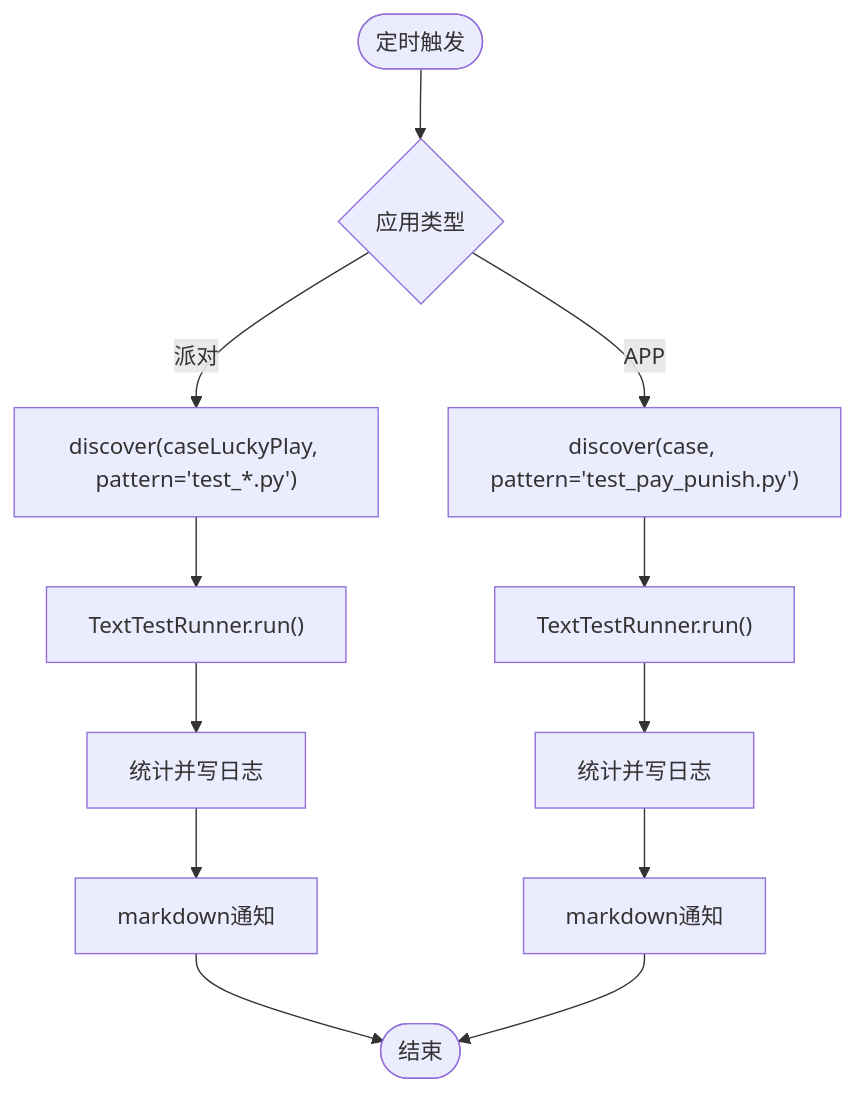
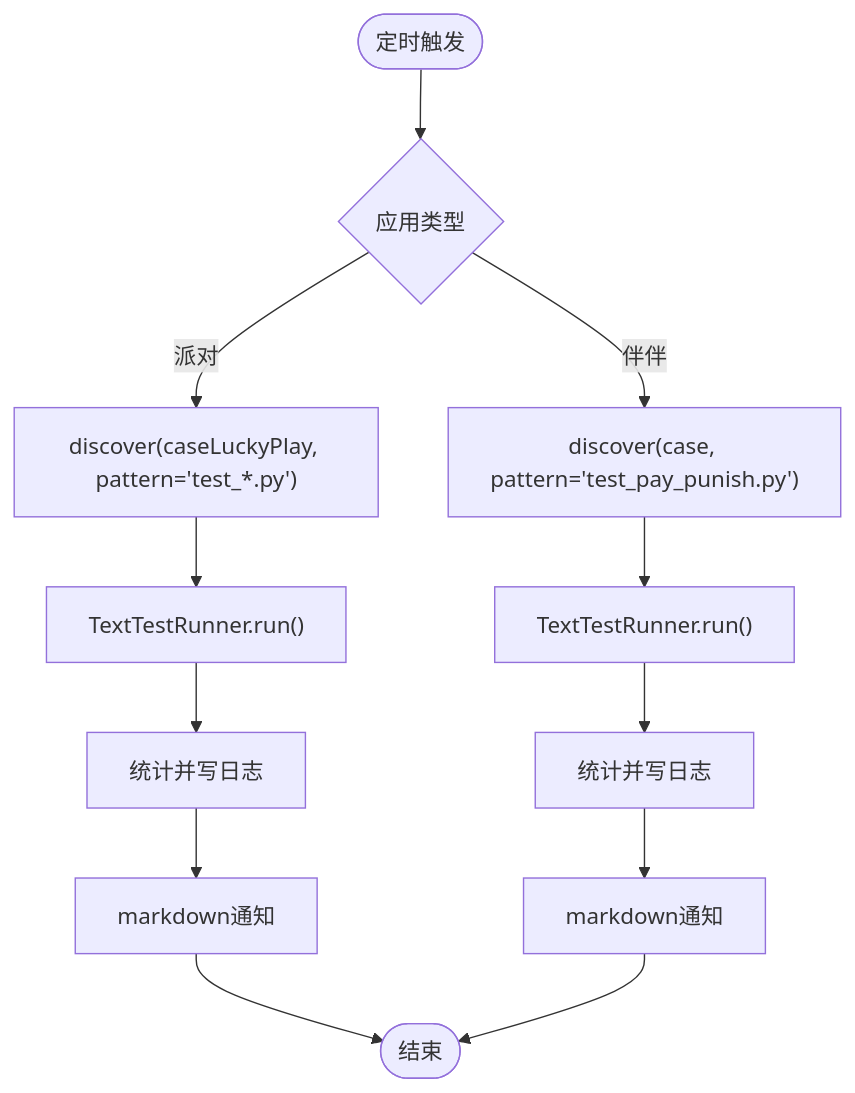
One commit to liximing1-ola/qa-payTest changed the seventh of 13 diagrams in .qoder/repowiki/zh/content/自动化与CI_CD.md. Above: the diagram before and after it, drawn with Mermaid. The commit also changed other lines of this file and 13 other files, not shown here.

````diff
--- a/.qoder/repowiki/zh/content/自动化与CI_CD.md
+++ b/.qoder/repowiki/zh/content/自动化与CI_CD.md
@@ -319,14 +319,14 @@
 ```mermaid
 flowchart TD
 Start(["定时触发"]) --> ChooseApp{"应用类型"}
 ChooseApp --> |派对| LoadPT["discover(caseLuckyPlay, pattern='test_*.py')"]
-ChooseApp --> |APP| LoadBB["discover(case, pattern='test_pay_punish.py')"]
+ChooseApp --> |伴伴| LoadBB["discover(case, pattern='test_pay_punish.py')"]
 LoadPT --> RunPT["TextTestRunner.run()"]
 LoadBB --> RunBB["TextTestRunner.run()"]
 RunPT --> StatPT["统计并写日志"]
 RunBB --> StatBB["统计并写日志"]
 StatPT --> NotifyPT["markdown通知"]
 StatBB --> NotifyBB["markdown通知"]
 NotifyPT --> End(["结束"])
 NotifyBB --> End
 ```
````
